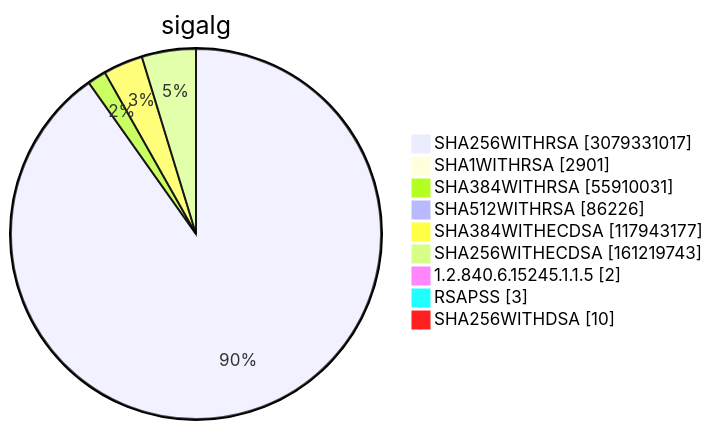
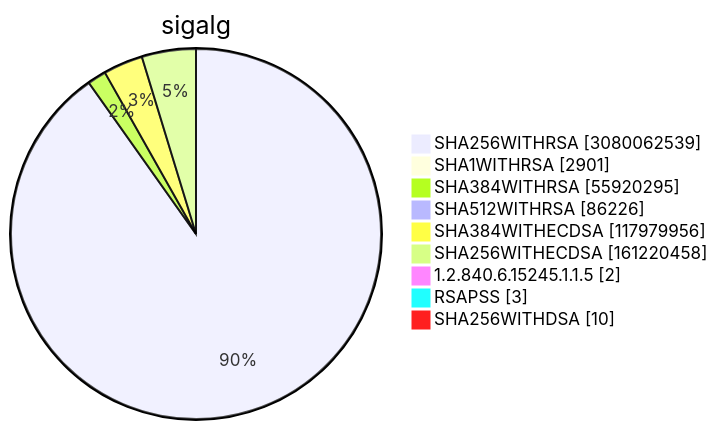
Before and after one commit to christiankrug/ctmonitor_visualization: diagram 15 of 15 in TOTAL/README.md, drawn with Mermaid. The commit also changed other lines of this file, not shown here.

````diff
--- a/TOTAL/README.md
+++ b/TOTAL/README.md
@@ -6209,13 +6209,13 @@
 ```mermaid
 pie showData
 title sigalg
-"SHA256WITHRSA" :3079331017
+"SHA256WITHRSA" :3080062539
 "SHA1WITHRSA" :2901
-"SHA384WITHRSA" :55910031
+"SHA384WITHRSA" :55920295
 "SHA512WITHRSA" :86226
-"SHA384WITHECDSA" :117943177
-"SHA256WITHECDSA" :161219743
+"SHA384WITHECDSA" :117979956
+"SHA256WITHECDSA" :161220458
 "1.2.840.6.15245.1.1.5" :2
 "RSAPSS" :3
 "SHA256WITHDSA" :10
 ```
````
